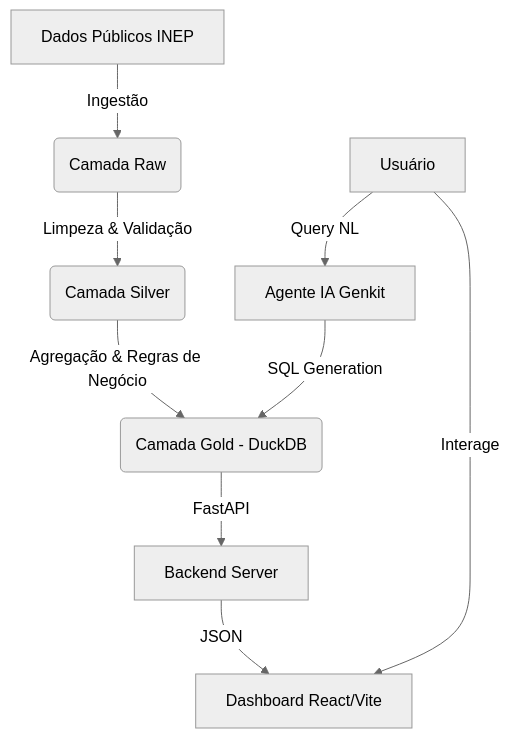
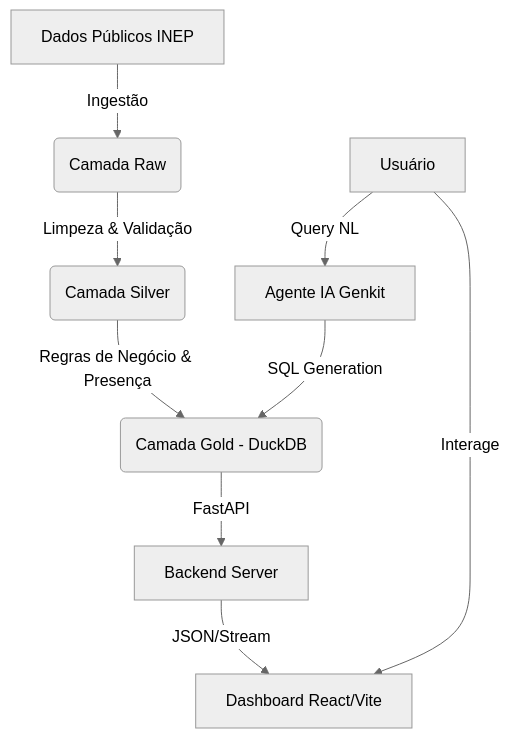
The diagram in README.md (Douglas0101/Projeto_Enem_Data_Robotics_V2), drawn with Mermaid (neutral theme) before and after one commit. The commit also changed other lines of this file and 21 other files, not shown here.

````diff
--- a/README.md
+++ b/README.md
@@ -40,11 +53,11 @@
 ```mermaid
 graph TD
     A[Dados Públicos INEP] -->|Ingestão| B(Camada Raw)
     B -->|Limpeza & Validação| C(Camada Silver)
-    C -->|Agregação & Regras de Negócio| D(Camada Gold - DuckDB)
+    C -->|Regras de Negócio & Presença| D(Camada Gold - DuckDB)
     D -->|FastAPI| E[Backend Server]
-    E -->|JSON| F[Dashboard React/Vite]
+    E -->|JSON/Stream| F[Dashboard React/Vite]
     G[Usuário] -->|Interage| F
     G -->|Query NL| H[Agente IA Genkit]
     H -->|SQL Generation| D
 ```
````
